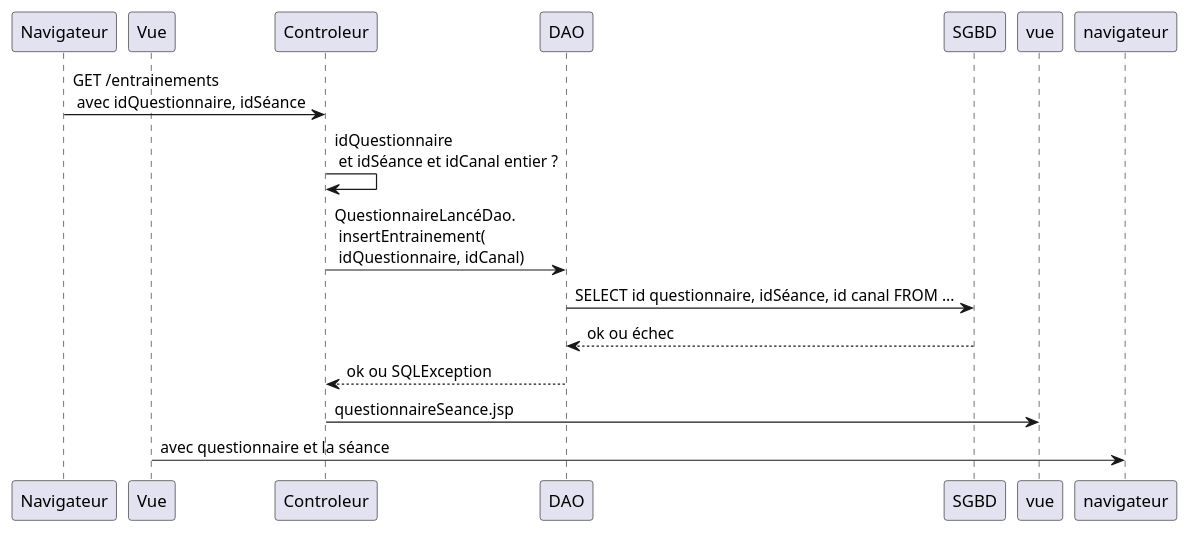
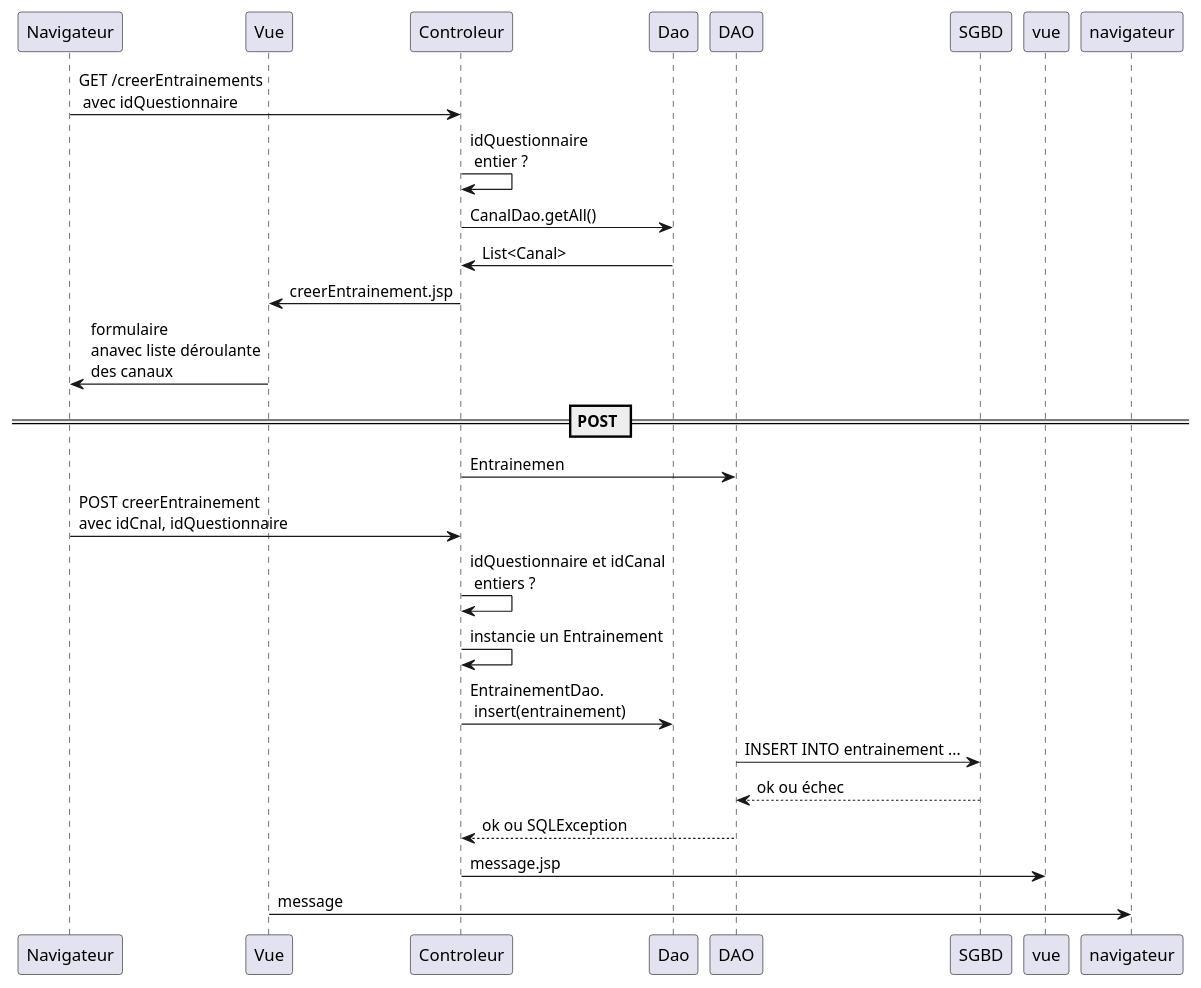
The diagram in src/main/uml/lancerQuestionnaire.puml (michel-plasse/SIOMassy2022), drawn with PlantUML before and after one commit. The commit also changed 9 other files, not shown here.

```diff
--- a/src/main/uml/lancerQuestionnaire.puml
+++ b/src/main/uml/lancerQuestionnaire.puml
@@ -1,13 +1,22 @@
 @startuml
 participant Navigateur
 participant Vue
 
-Navigateur -> Controleur: GET /entrainements\n avec idQuestionnaire, idSéance
-Controleur -> Controleur: idQuestionnaire\n et idSéance et idCanal entier ?
-Controleur -> DAO: QuestionnaireLancéDao.\n insertEntrainement(\n idQuestionnaire, idCanal)
-DAO -> SGBD: SELECT id questionnaire, idSéance, id canal FROM ...
+Navigateur -> Controleur: GET /creerEntrainements\n avec idQuestionnaire
+Controleur -> Controleur: idQuestionnaire\n entier ?
+Controleur -> Dao: CanalDao.getAll()
+Dao -> Controleur: List<Canal>
+Controleur -> Vue: creerEntrainement.jsp
+Vue -> Navigateur: formulaire\nanavec liste déroulante\ndes canaux
+== POST ==
+Controleur -> DAO: Entrainemen
+Navigateur -> Controleur: POST creerEntrainement\navec idCnal, idQuestionnaire
+Controleur -> Controleur: idQuestionnaire et idCanal\n entiers ?
+Controleur -> Controleur: instancie un Entrainement
+Controleur -> Dao: EntrainementDao.\n insert(entrainement)
+DAO -> SGBD: INSERT INTO entrainement ...
 SGBD --> DAO: ok ou échec
 DAO --> Controleur: ok ou SQLException
-Controleur -> vue: questionnaireSeance.jsp
-Vue -> navigateur:avec questionnaire et la séance 
+Controleur -> vue: message.jsp
+Vue -> navigateur: message
 @enduml
```
